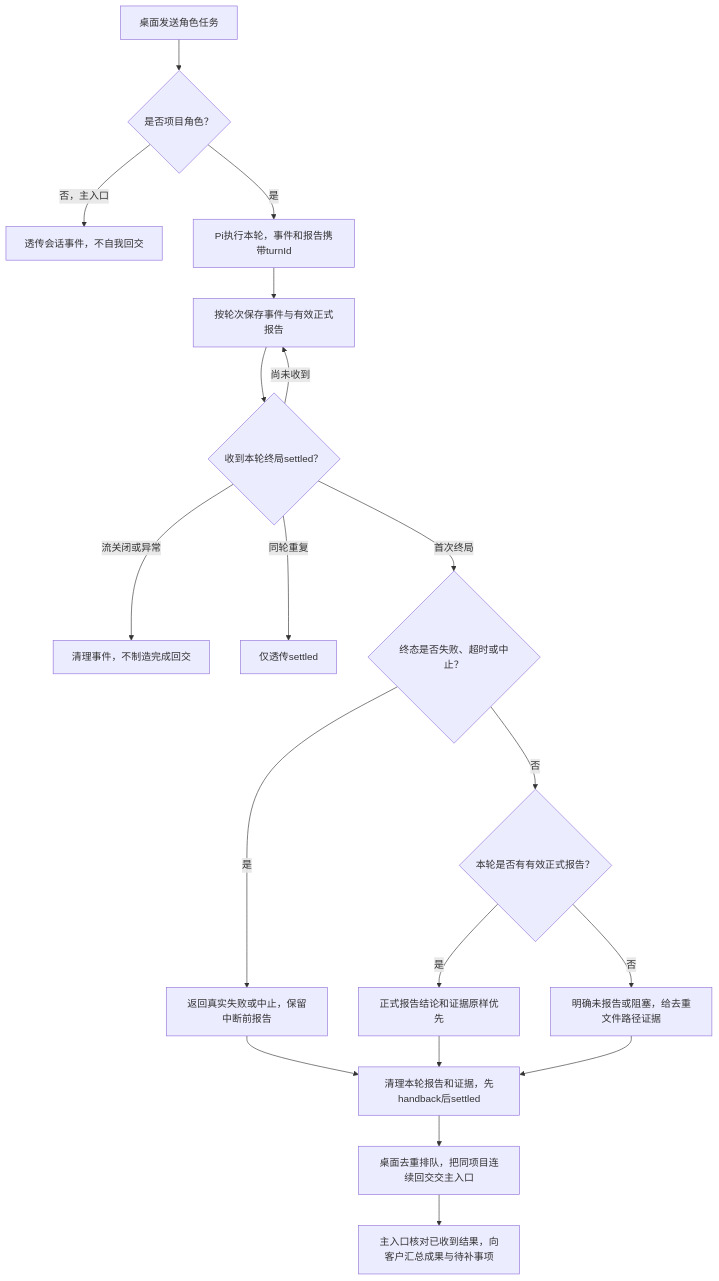
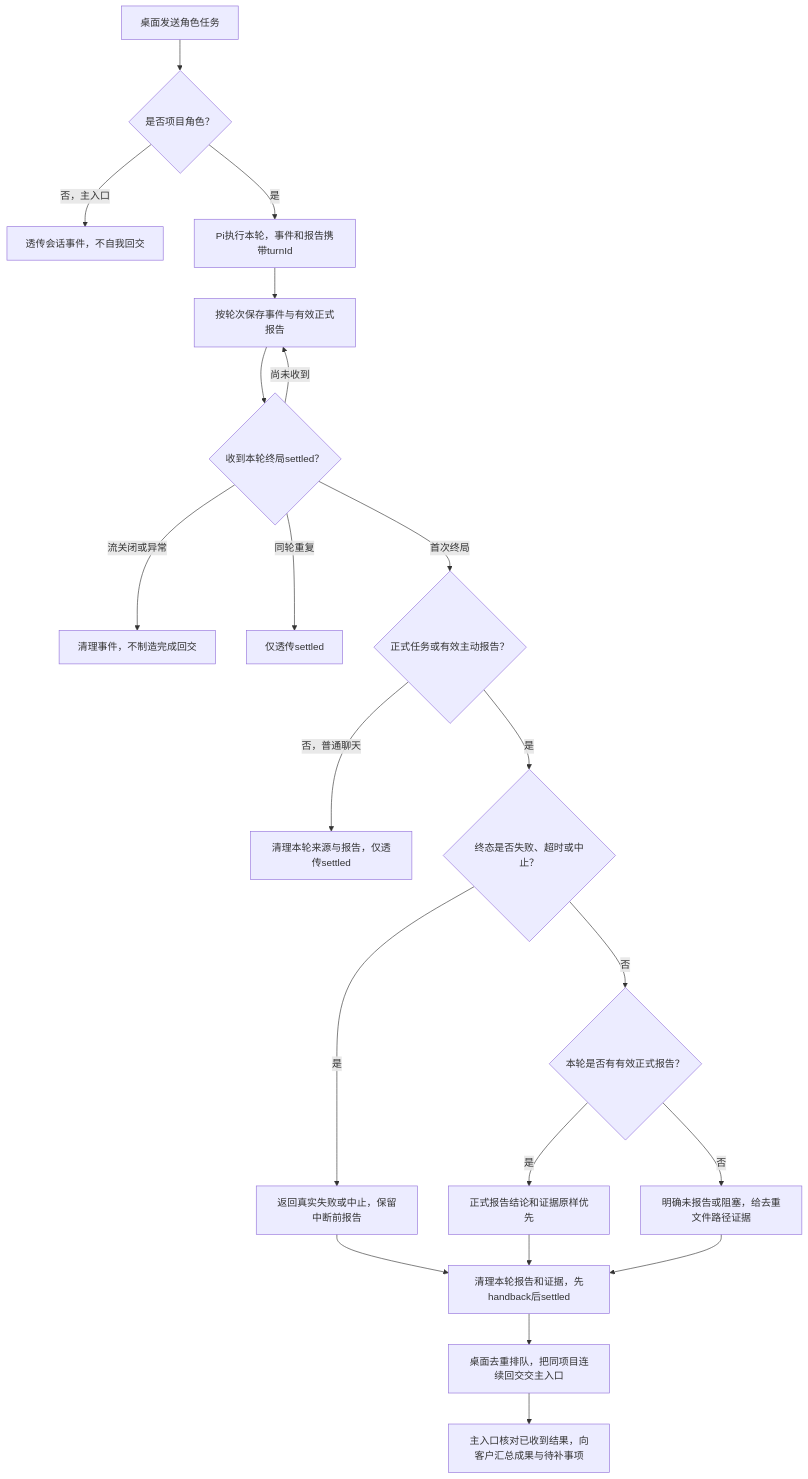
Before and after one commit to wangzhongren/ans-studio: the diagram in 角色卡/编排/docs/feature/task-handback.md, drawn with Mermaid. The commit also changed other lines of this file and 92 other files, not shown here.

````diff
--- a/角色卡/编排/docs/feature/task-handback.md
+++ b/角色卡/编排/docs/feature/task-handback.md
@@ -24,21 +24,23 @@
 ```mermaid
 flowchart TD
   send[桌面发送角色任务] --> role{是否项目角色？}
   role -->|否，主入口| passthrough[透传会话事件，不自我回交]
   role -->|是| run[Pi执行本轮，事件和报告携带turnId]
   run --> record[按轮次保存事件与有效正式报告]
   record --> terminal{收到本轮终局settled？}
   terminal -->|尚未收到| record
   terminal -->|流关闭或异常| noresult[清理事件，不制造完成回交]
   terminal -->|同轮重复| repeat[仅透传settled]
-  terminal -->|首次终局| outcome{终态是否失败、超时或中止？}
+  terminal -->|首次终局| needed{正式任务或有效主动报告？}
+  needed -->|否，普通聊天| chat[清理本轮来源与报告，仅透传settled]
+  needed -->|是| outcome{终态是否失败、超时或中止？}
   outcome -->|是| failed[返回真实失败或中止，保留中断前报告]
   outcome -->|否| report{本轮是否有有效正式报告？}
   report -->|是| reported[正式报告结论和证据原样优先]
   report -->|否| unreported[明确未报告或阻塞，给去重文件路径证据]
   failed --> deliver[清理本轮报告和证据，先handback后settled]
   reported --> deliver
   unreported --> deliver
   deliver --> desktop[桌面去重排队，把同项目连续回交交主入口]
   desktop --> summary[主入口核对已收到结果，向客户汇总成果与待补事项]
 ```
````
